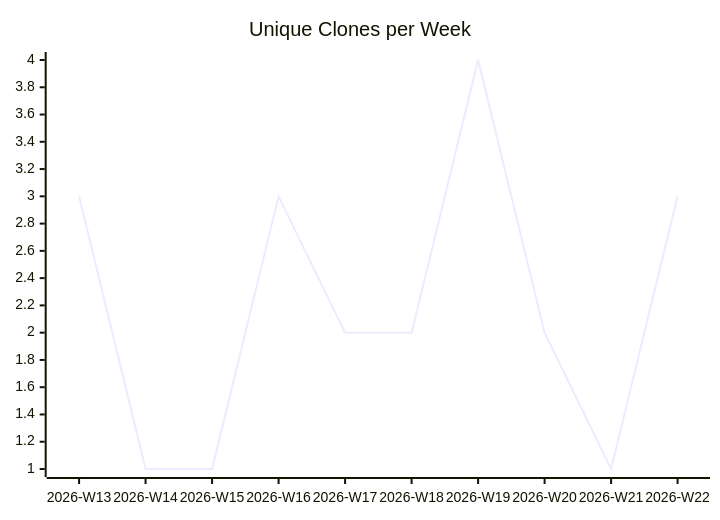
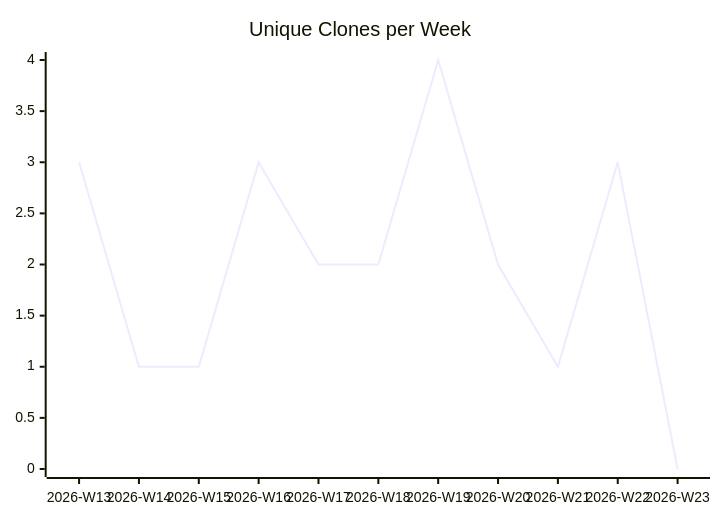
The third of 3 diagrams in karlmdavis/perfect-note/README.md (justdavis-family/github-analytics-data), drawn with Mermaid before and after one commit. The commit also changed other lines of this file and 186 other files, not shown here.

````diff
--- a/karlmdavis/perfect-note/README.md
+++ b/karlmdavis/perfect-note/README.md
@@ -19,6 +19,6 @@
 ```mermaid
 xychart-beta
   title "Unique Clones per Week"
-  x-axis ["2026-W13", "2026-W14", "2026-W15", "2026-W16", "2026-W17", "2026-W18", "2026-W19", "2026-W20", "2026-W21", "2026-W22"]
-  line [3, 1, 1, 3, 2, 2, 4, 2, 1, 3]
+  x-axis ["2026-W13", "2026-W14", "2026-W15", "2026-W16", "2026-W17", "2026-W18", "2026-W19", "2026-W20", "2026-W21", "2026-W22", "2026-W23"]
+  line [3, 1, 1, 3, 2, 2, 4, 2, 1, 3, 0]
 ```
````
